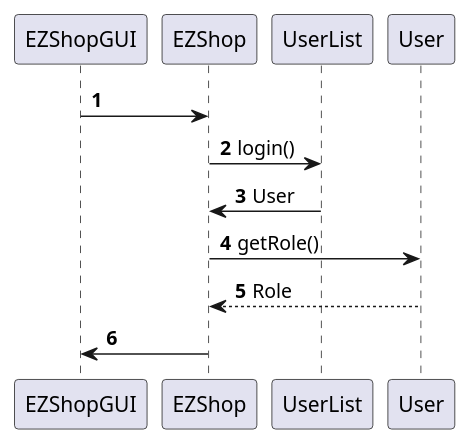
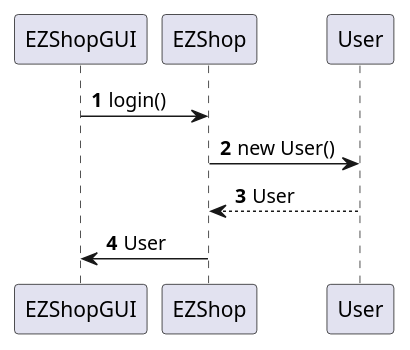
Diagram 13 of 22 in Deliverables/DesignDocument.md (mkexc/ezshop), drawn with PlantUML before and after one commit. The commit also changed other lines of this file and 3 other files, not shown here.

````diff
--- a/Deliverables/DesignDocument.md
+++ b/Deliverables/DesignDocument.md
@@ -400,11 +369,9 @@
 ```plantuml
 @startuml
 autonumber
-EZShopGUI -> EZShop 
-EZShop -> UserList : login()
-EZShop <- UserList : User
-EZShop -> User : getRole()
-EZShop <-- User : Role
-EZShopGUI <- EZShop
+EZShopGUI -> EZShop : login()
+EZShop -> User : new User()
+EZShop <-- User : User
+EZShop -> EZShopGUI : User
 @enduml
 ```
````
